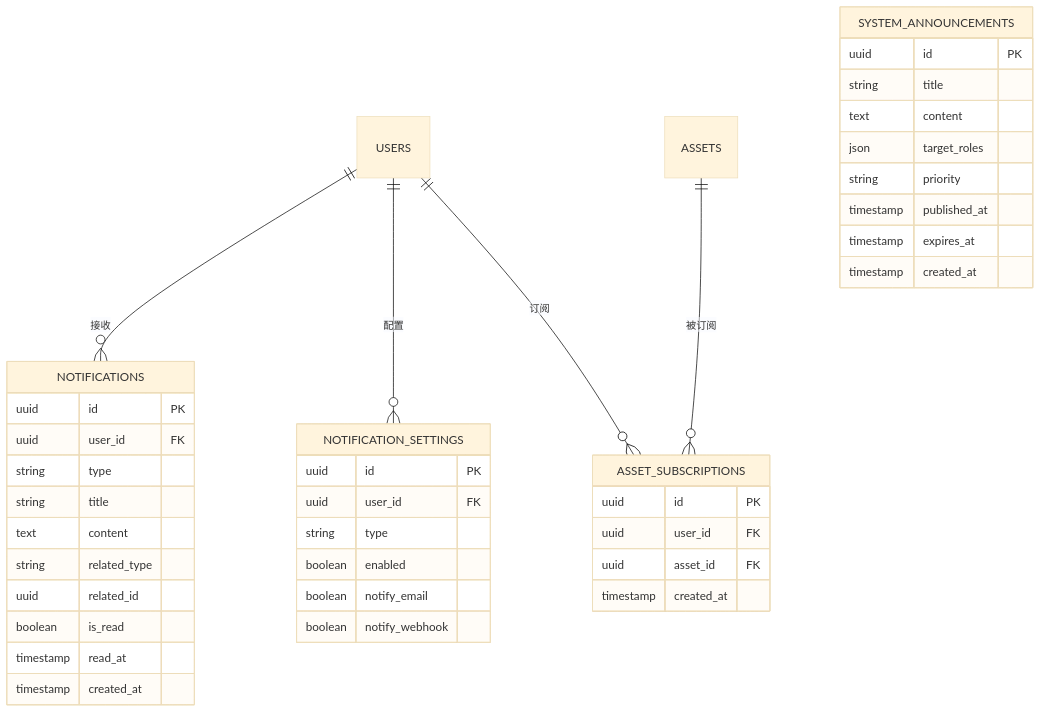
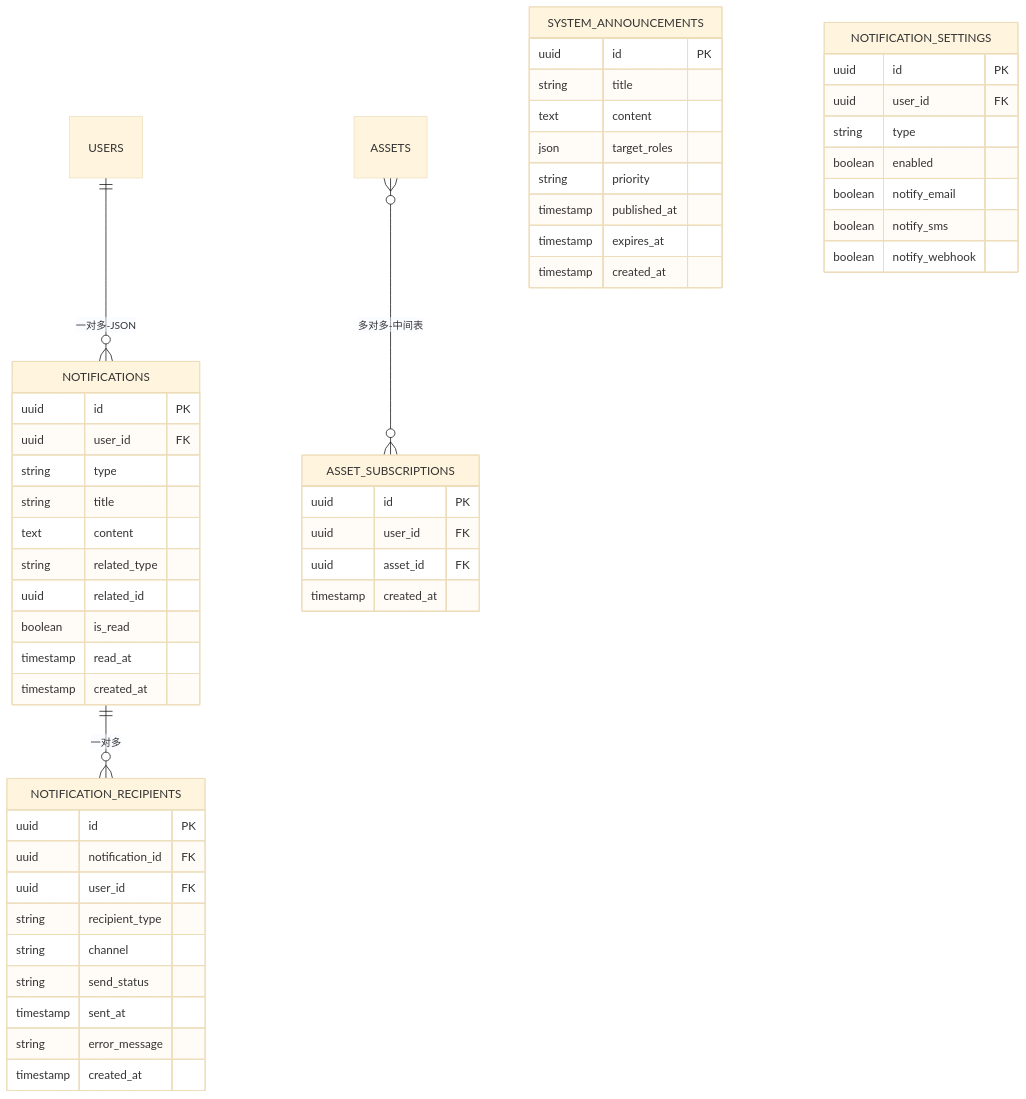
Before and after one commit to dayutech/Vuln-Audit-Lifecycle-Management: the eighth of 11 diagrams in docs/design/er_diagram.md, drawn with Mermaid (base theme). The commit also changed other lines of this file and 7 other files, not shown here.

````diff
--- a/docs/design/er_diagram.md
+++ b/docs/design/er_diagram.md
@@ -556,46 +564,59 @@
 ```mermaid
 erDiagram
-    USERS ||--o{ NOTIFICATIONS : "接收"
-    USERS ||--o{ NOTIFICATION_SETTINGS : "配置"
-    USERS ||--o{ ASSET_SUBSCRIPTIONS : "订阅"
-    ASSETS ||--o{ ASSET_SUBSCRIPTIONS : "被订阅"
+    USERS ||--o{ NOTIFICATIONS : "一对多-JSON"
+    NOTIFICATIONS ||--o{ NOTIFICATION_RECIPIENTS : "一对多"
+    ASSETS }o--o{ ASSET_SUBSCRIPTIONS : "多对多-中间表"
+    
     SYSTEM_ANNOUNCEMENTS {
         uuid id PK
         string title
         text content
         json target_roles
         string priority
         timestamp published_at
         timestamp expires_at
         timestamp created_at
     }
     
     NOTIFICATIONS {
         uuid id PK
         uuid user_id FK
         string type
         string title
         text content
         string related_type
         uuid related_id
         boolean is_read
         timestamp read_at
         timestamp created_at
     }
     
     NOTIFICATION_SETTINGS {
         uuid id PK
         uuid user_id FK
         string type
         boolean enabled
         boolean notify_email
+        boolean notify_sms
         boolean notify_webhook
+    }
+    
+    NOTIFICATION_RECIPIENTS {
+        uuid id PK
+        uuid notification_id FK
+        uuid user_id FK
+        string recipient_type
+        string channel
+        string send_status
+        timestamp sent_at
+        string error_message
+        timestamp created_at
     }
     
     ASSET_SUBSCRIPTIONS {
         uuid id PK
         uuid user_id FK
         uuid asset_id FK
         timestamp created_at
     }
 ```
````
